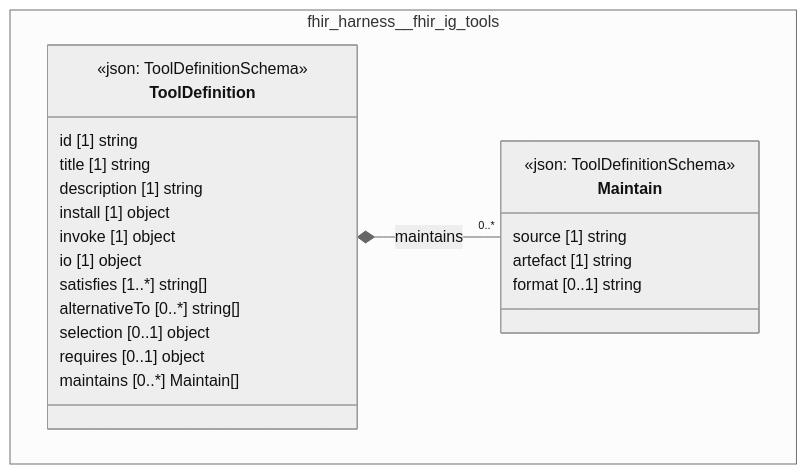
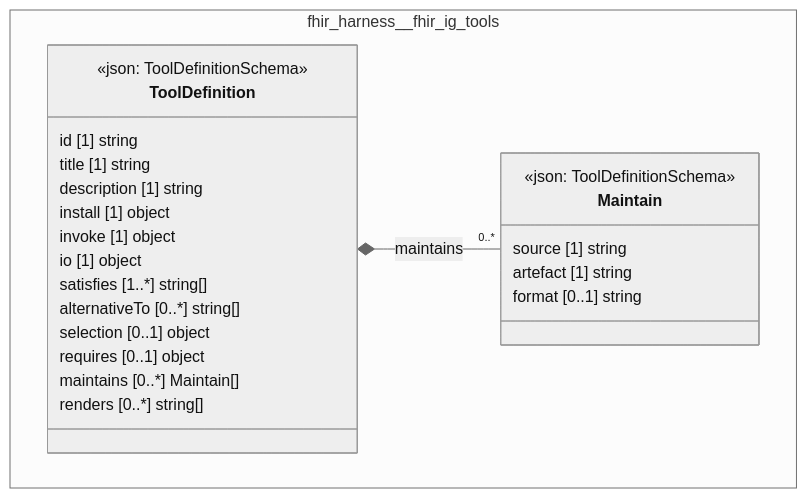
Before and after one commit to litlfred/folio-assistant: the diagram in cat-harness/docs/uml/overview/fhir-harness/fhir-ig-tools.md, drawn with Mermaid (neutral theme). The commit also changed 75 other files, not shown here.

````diff
--- a/cat-harness/docs/uml/overview/fhir-harness/fhir-ig-tools.md
+++ b/cat-harness/docs/uml/overview/fhir-harness/fhir-ig-tools.md
@@ -41,29 +41,30 @@
 ```mermaid
 classDiagram
   direction TB
   namespace fhir_harness__fhir_ig_tools {
     class fhir_harness_fhir_ig_tools_Maintain["Maintain"] {
       <<json: ToolDefinitionSchema>>
       source [1] string
       artefact [1] string
       format [0..1] string
     }
     class fhir_harness_fhir_ig_tools_ToolDefinition["ToolDefinition"] {
       <<json: ToolDefinitionSchema>>
       id [1] string
       title [1] string
       description [1] string
       install [1] object
       invoke [1] object
       io [1] object
       satisfies [1..*] string[]
       alternativeTo [0..*] string[]
       selection [0..1] object
       requires [0..1] object
       maintains [0..*] Maintain[]
+      renders [0..*] string[]
     }
   }
   fhir_harness_fhir_ig_tools_ToolDefinition *-- "0..*" fhir_harness_fhir_ig_tools_Maintain : maintains
   cssClass "fhir_harness_fhir_ig_tools_Maintain" fa_uml_kind_tools
   cssClass "fhir_harness_fhir_ig_tools_ToolDefinition" fa_uml_kind_tools
 ```
````
